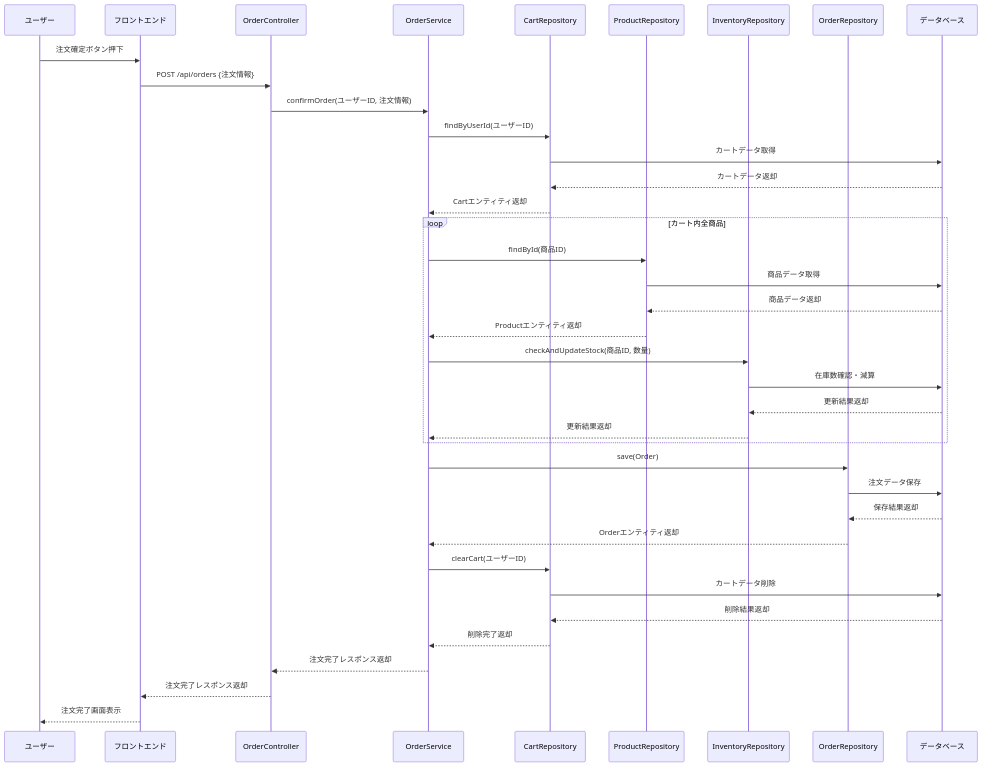
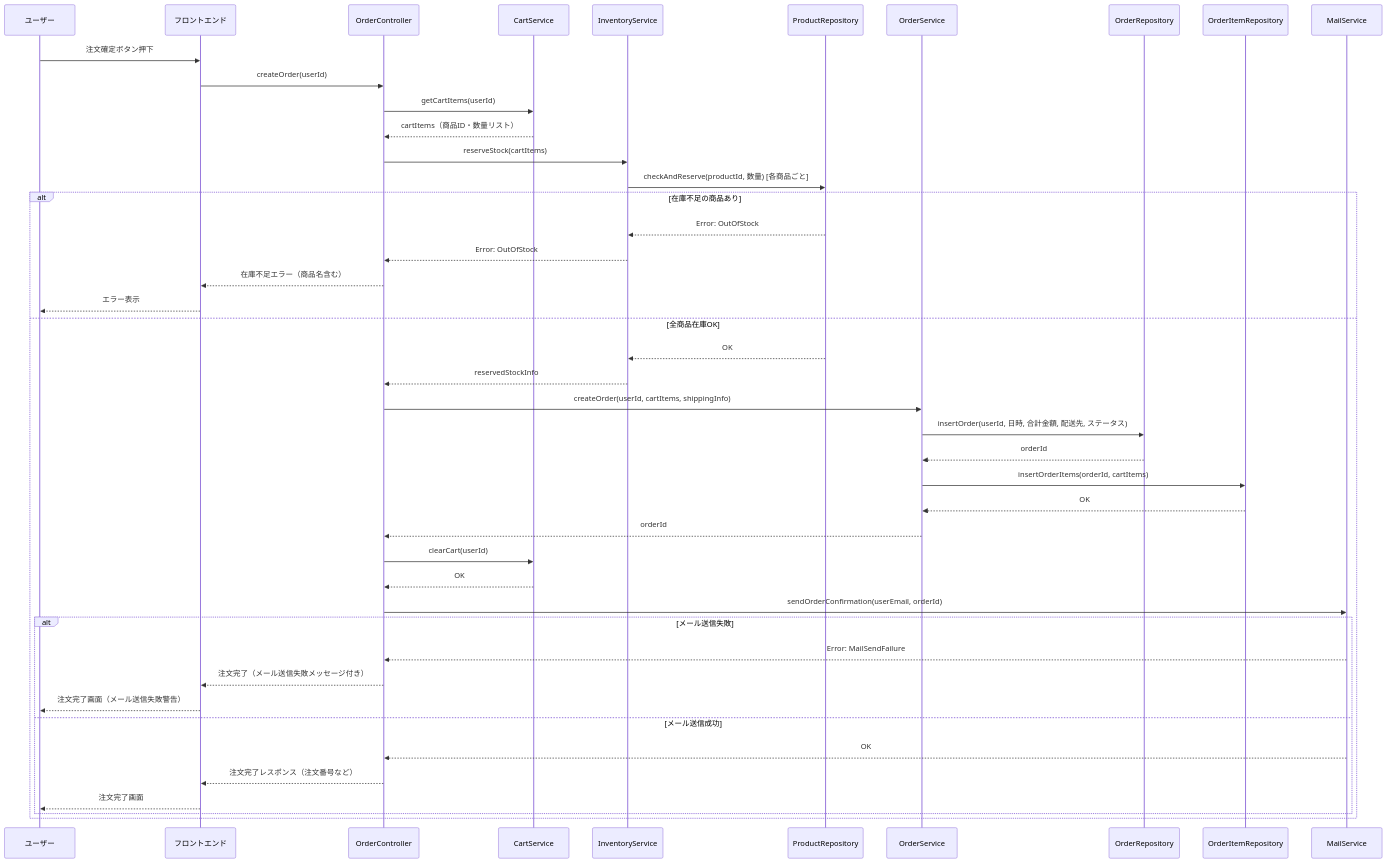
Before and after one commit to Aoi-Yaegashi/teamF: the sixth of 28 diagrams in 詳細設計/担当B_村田/3.2 機能詳細.md, drawn with Mermaid. The commit also changed other lines of this file and 1 other file, not shown here.

Commit message:
書式変更

```diff
--- a/詳細設計/担当B_村田/3.2 機能詳細.md
+++ b/詳細設計/担当B_村田/3.2 機能詳細.md
@@ -170,41 +171,50 @@
    <div class="mermaid">
-   sequenceDiagram
+sequenceDiagram
     participant User as ユーザー
-    participant Browser as フロントエンド
-    participant OrderController as OrderController
-    participant OrderService as OrderService
-    participant CartRepo as CartRepository
-    participant ProductRepo as ProductRepository
-    participant InventoryRepo as InventoryRepository
-    participant OrderRepo as OrderRepository
-    participant DB as データベース
+    participant FE as フロントエンド
+    participant OC as OrderController
+    participant CS as CartService
+    participant IS as InventoryService
+    participant PR as ProductRepository
+    participant OS as OrderService
+    participant OR as OrderRepository
+    participant OIR as OrderItemRepository
+    participant MS as MailService
 
-    User->>Browser: 注文確定ボタン押下
-    Browser->>OrderController: POST /api/orders {注文情報}
-    OrderController->>OrderService: confirmOrder(ユーザーID, 注文情報)
-    OrderService->>CartRepo: findByUserId(ユーザーID)
-    CartRepo->>DB: カートデータ取得
-    DB-->>CartRepo: カートデータ返却
-    CartRepo-->>OrderService: Cartエンティティ返却
-    loop カート内全商品
-        OrderService->>ProductRepo: findById(商品ID)
-        ProductRepo->>DB: 商品データ取得
-        DB-->>ProductRepo: 商品データ返却
-        ProductRepo-->>OrderService: Productエンティティ返却
-        OrderService->>InventoryRepo: checkAndUpdateStock(商品ID, 数量)
-        InventoryRepo->>DB: 在庫数確認・減算
-        DB-->>InventoryRepo: 更新結果返却
-        InventoryRepo-->>OrderService: 更新結果返却
+    User->>FE: 注文確定ボタン押下
+    FE->>OC: createOrder(userId)
+    OC->>CS: getCartItems(userId)
+    CS-->>OC: cartItems（商品ID・数量リスト）
+
+    OC->>IS: reserveStock(cartItems)
+    IS->>PR: checkAndReserve(productId, 数量) [各商品ごと]
+    alt 在庫不足の商品あり
+        PR-->>IS: Error: OutOfStock
+        IS-->>OC: Error: OutOfStock
+        OC-->>FE: 在庫不足エラー（商品名含む）
+        FE-->>User: エラー表示
+    else 全商品在庫OK
+        PR-->>IS: OK
+        IS-->>OC: reservedStockInfo
+        OC->>OS: createOrder(userId, cartItems, shippingInfo)
+        OS->>OR: insertOrder(userId, 日時, 合計金額, 配送先, ステータス)
+        OR-->>OS: orderId
+        OS->>OIR: insertOrderItems(orderId, cartItems)
+        OIR-->>OS: OK
+        OS-->>OC: orderId
+
+        OC->>CS: clearCart(userId)
+        CS-->>OC: OK
+
+        OC->>MS: sendOrderConfirmation(userEmail, orderId)
+        alt メール送信失敗
+            MS-->>OC: Error: MailSendFailure
+            OC-->>FE: 注文完了（メール送信失敗メッセージ付き）
+            FE-->>User: 注文完了画面（メール送信失敗警告）
+        else メール送信成功
+            MS-->>OC: OK
+            OC-->>FE: 注文完了レスポンス（注文番号など）
+            FE-->>User: 注文完了画面
+        end
     end
-    OrderService->>OrderRepo: save(Order)
-    OrderRepo->>DB: 注文データ保存
-    DB-->>OrderRepo: 保存結果返却
-    OrderRepo-->>OrderService: Orderエンティティ返却
-    OrderService->>CartRepo: clearCart(ユーザーID)
-    CartRepo->>DB: カートデータ削除
-    DB-->>CartRepo: 削除結果返却
-    CartRepo-->>OrderService: 削除完了返却
-    OrderService-->>OrderController: 注文完了レスポンス返却
-    OrderController-->>Browser: 注文完了レスポンス返却
-    Browser-->>User: 注文完了画面表示
 </div>
```
